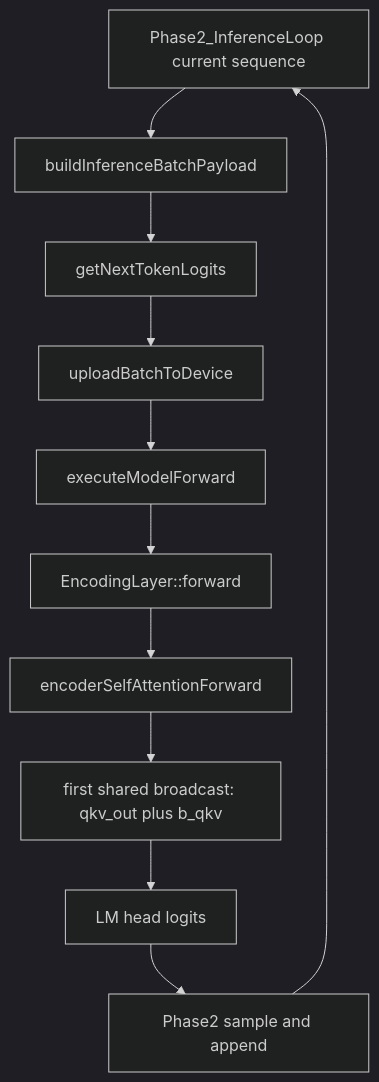
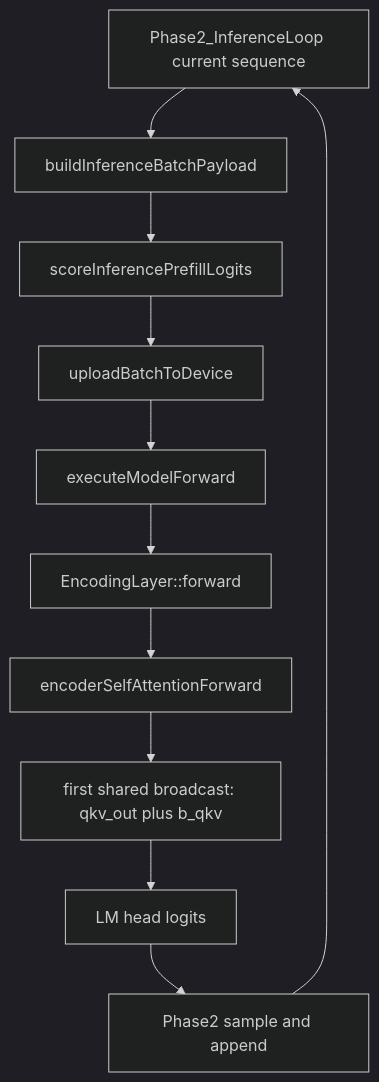
One commit to Reaper3825/G.R.I.M changed the second of 2 diagrams in resources/models/GRIM-text/GRIM/Docs/ForwardChronology.md. Above: the diagram before and after it, drawn with Mermaid (dark theme). The commit also changed other lines of this file and 22 other files, not shown here.

````diff
--- a/resources/models/GRIM-text/GRIM/Docs/ForwardChronology.md
+++ b/resources/models/GRIM-text/GRIM/Docs/ForwardChronology.md
@@ -134,13 +129,13 @@
 ```mermaid
 flowchart TD
    A[Phase2_InferenceLoop current sequence] --> B[buildInferenceBatchPayload]
-   B --> C[getNextTokenLogits]
+   B --> C[scoreInferencePrefillLogits]
    C --> D[uploadBatchToDevice]
    D --> E[executeModelForward]
    E --> F[EncodingLayer::forward]
    F --> G[encoderSelfAttentionForward]
    G --> H[first shared broadcast: qkv_out plus b_qkv]
    H --> I[LM head logits]
    I --> J[Phase2 sample and append]
    J --> A
 ```
````
